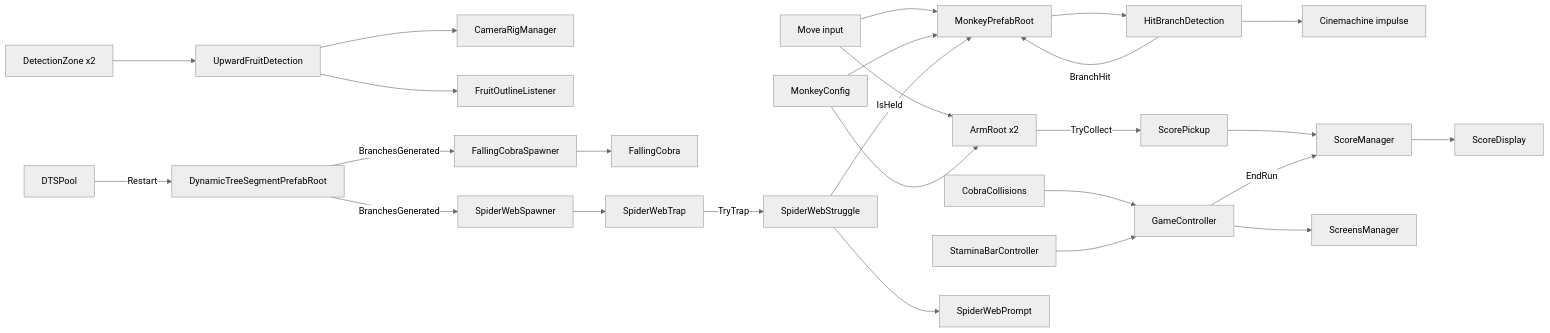
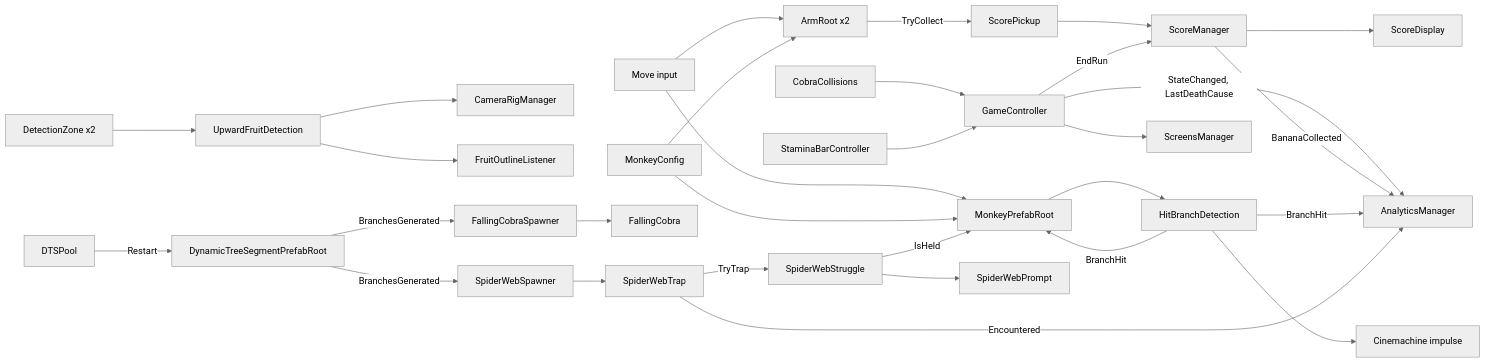
Before and after one commit to CSCI-526/Team4-Lu_Lu: the diagram in CONTEXT.md, drawn with Mermaid (neutral theme). The commit also changed other lines of this file and 4 other files, not shown here.

````diff
--- a/CONTEXT.md
+++ b/CONTEXT.md
@@ -56,28 +58,32 @@
 ```mermaid
 graph LR
   Input[Move input] --> Root[MonkeyPrefabRoot]
   Input --> Arm[ArmRoot x2]
   Cfg[MonkeyConfig] --> Root
   Cfg --> Arm
   Root --> Hit[HitBranchDetection]
   Hit -->|BranchHit| Root
   Hit --> Shake[Cinemachine impulse]
   Zones[DetectionZone x2] --> Fruit[UpwardFruitDetection]
   Fruit --> Cam[CameraRigManager]
   Fruit --> Outline[FruitOutlineListener]
   Arm -->|TryCollect| Pickup[ScorePickup]
   Pickup --> Score[ScoreManager]
   Score --> ScoreUI[ScoreDisplay]
   Cobra[CobraCollisions] --> Game[GameController]
   Stamina[StaminaBarController] --> Game
   Game --> Screens[ScreensManager]
   Game -->|EndRun| Score
   Pool[DTSPool] -->|Restart| Segment[DynamicTreeSegmentPrefabRoot]
   Segment -->|BranchesGenerated| Spawner[SpiderWebSpawner]
   Segment -->|BranchesGenerated| CobraSpawner[FallingCobraSpawner]
   CobraSpawner --> FallCobra[FallingCobra]
   Spawner --> Web[SpiderWebTrap]
   Web -->|TryTrap| Struggle[SpiderWebStruggle]
   Struggle -->|IsHeld| Root
   Struggle --> Prompt[SpiderWebPrompt]
+  Game -->|StateChanged, LastDeathCause| Analytics[AnalyticsManager]
+  Score -->|BananaCollected| Analytics
+  Hit -->|BranchHit| Analytics
+  Web -->|Encountered| Analytics
 ```
````
